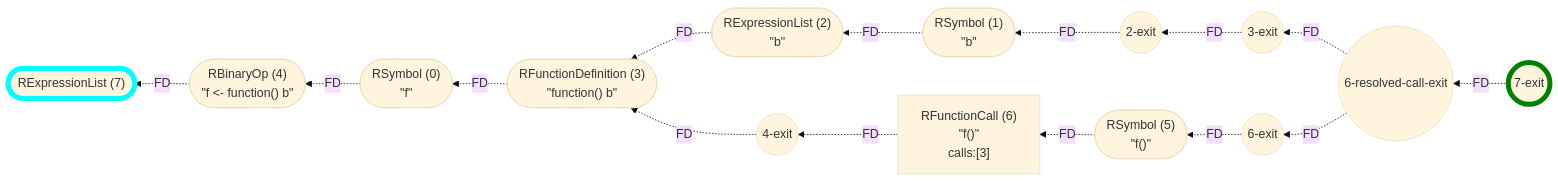
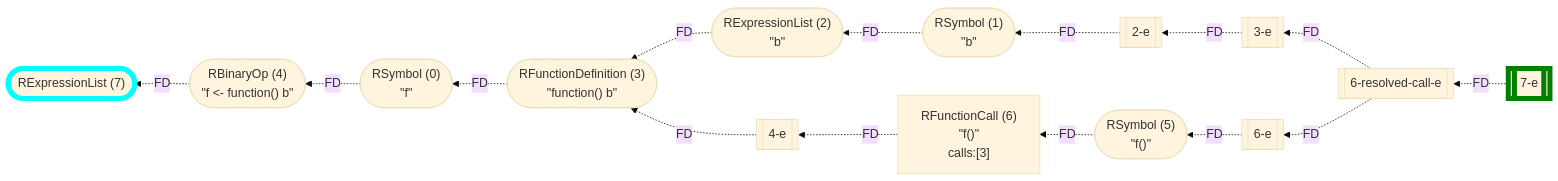
Before and after one commit to flowr-analysis/flowr: diagram 14 of 23 in wiki/Control Flow Graph.md, drawn with Mermaid (base theme). The commit also changed other lines of this file and 9 other files, not shown here.

````diff
--- a/wiki/Control Flow Graph.md
+++ b/wiki/Control Flow Graph.md
@@ -1025,40 +920,40 @@
 ```mermaid
 flowchart RL
     n7(["`RExpressionList (7)`"])
     n0(["`RSymbol (0)
 #34;f#34;`"])
-    n3-exit((3-exit))
+    n3-e[[3-e]]
     n3(["`RFunctionDefinition (3)
 #34;function() b#34;`"])
     n2(["`RExpressionList (2)
 #34;b#34;`"])
     n1(["`RSymbol (1)
 #34;b#34;`"])
-    n2-exit((2-exit))
+    n2-e[[2-e]]
     n4(["`RBinaryOp (4)
 #34;f #60;#45; function() b#34;`"])
-    n4-exit((4-exit))
+    n4-e[[4-e]]
     n5(["`RSymbol (5)
 #34;f()#34;`"])
     n6["`RFunctionCall (6)
 #34;f()#34;
  calls:#91;3#93;`"]
-    n6-exit((6-exit))
-    n6-resolved-call-exit((6-resolved-call-exit))
-    n7-exit((7-exit))
+    n6-e[[6-e]]
+    n6-resolved-call-e[[6-resolved-call-e]]
+    n7-e[[7-e]]
     n4 -.->|"FD"| n7
     n1 -.->|"FD"| n2
-    n2-exit -.->|"FD"| n1
+    n2-e -.->|"FD"| n1
     n2 -.->|"FD"| n3
-    n3-exit -.->|"FD"| n2-exit
+    n3-e -.->|"FD"| n2-e
     n3 -.->|"FD"| n0
     n0 -.->|"FD"| n4
-    n4-exit -.->|"FD"| n3
-    n6 -.->|"FD"| n4-exit
+    n4-e -.->|"FD"| n3
+    n6 -.->|"FD"| n4-e
     n5 -.->|"FD"| n6
-    n6-exit -.->|"FD"| n5
-    n6-resolved-call-exit -.->|"FD"| n6-exit
-    n6-resolved-call-exit -.->|"FD"| n3-exit
-    n7-exit -.->|"FD"| n6-resolved-call-exit
-    style n7 stroke:cyan,stroke-width:6.5px;    style n7-exit stroke:green,stroke-width:6.5px;
+    n6-e -.->|"FD"| n5
+    n6-resolved-call-e -.->|"FD"| n6-e
+    n6-resolved-call-e -.->|"FD"| n3-e
+    n7-e -.->|"FD"| n6-resolved-call-e
+    style n7 stroke:cyan,stroke-width:6.5px;    style n7-e stroke:green,stroke-width:6.5px;
 ```
````
